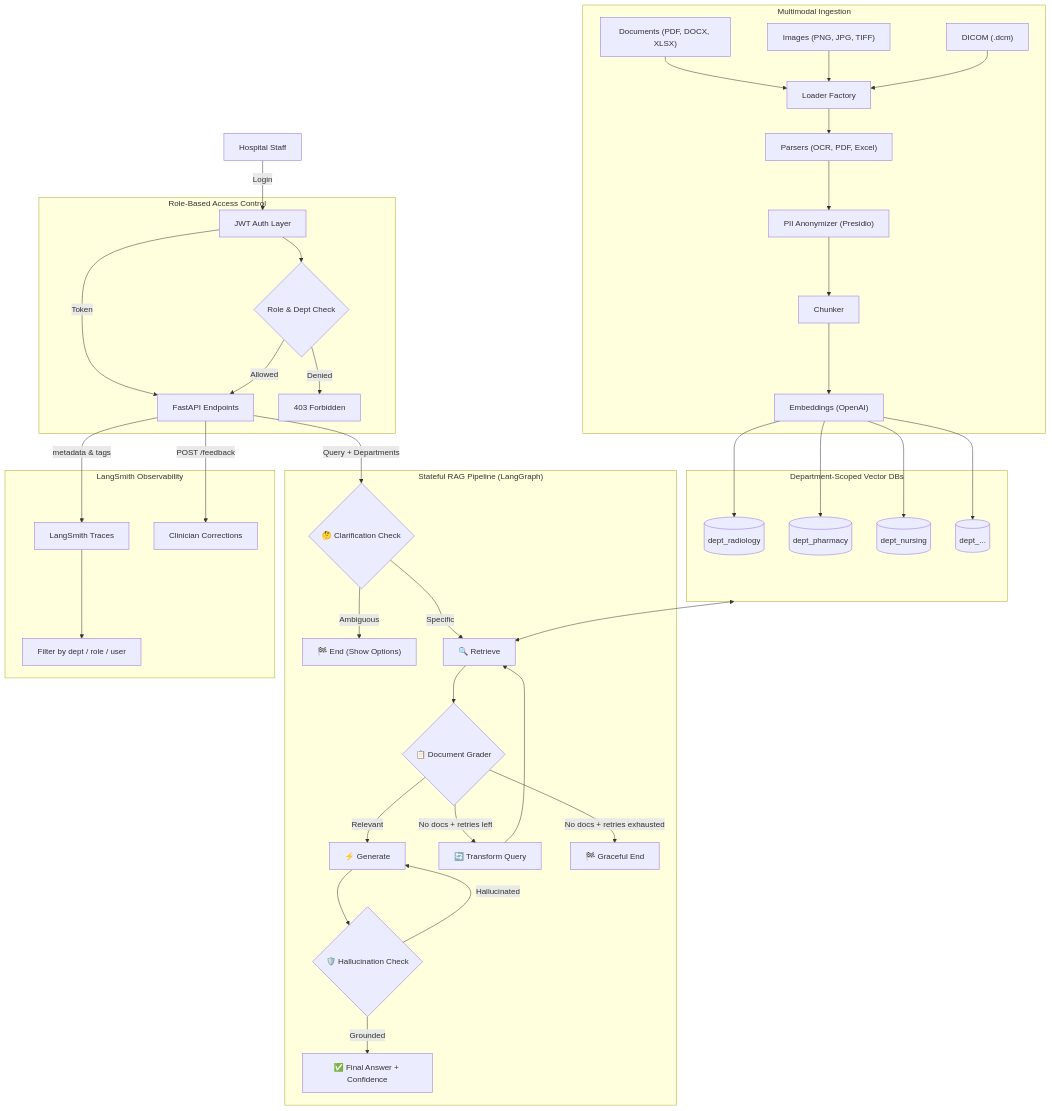
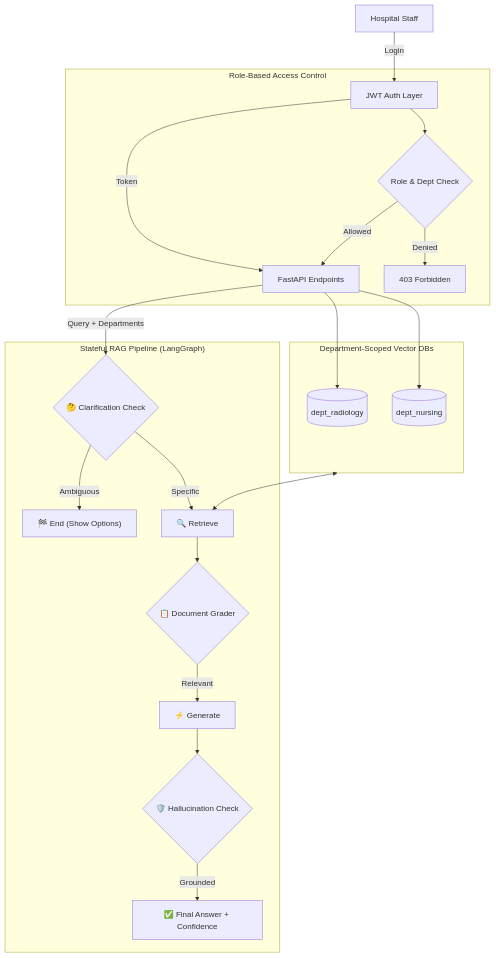
Before and after one commit to Anudeepsrib/ClinIQ: the diagram in README.md, drawn with Mermaid. The commit also changed other lines of this file and 10 other files, not shown here.

````diff
--- a/README.md
+++ b/README.md
@@ -41,50 +60,28 @@
 ```mermaid
 graph TD
     User["Hospital Staff"] -->|Login| Auth["JWT Auth Layer"]
     Auth -->|Token| API["FastAPI Endpoints"]
 
     subgraph RBAC ["Role-Based Access Control"]
         Auth --> RoleCheck{"Role & Dept Check"}
         RoleCheck -->|Allowed| API
         RoleCheck -->|Denied| Reject["403 Forbidden"]
     end
 
-    subgraph IngestionPipeline ["Multimodal Ingestion"]
-        Docs["Documents (PDF, DOCX, XLSX)"] --> Loader["Loader Factory"]
-        Images["Images (PNG, JPG, TIFF)"] --> Loader
-        DICOM["DICOM (.dcm)"] --> Loader
-        Loader --> Parser["Parsers (OCR, PDF, Excel)"]
-        Parser --> PII["PII Anonymizer (Presidio)"]
-        PII --> Chunker["Chunker"]
-        Chunker --> Embed["Embeddings (OpenAI)"]
-    end
-
     subgraph VectorDBs ["Department-Scoped Vector DBs"]
-        Embed --> DB1[("dept_radiology")]
-        Embed --> DB2[("dept_pharmacy")]
-        Embed --> DB3[("dept_nursing")]
-        Embed --> DBn[("dept_...")]
+        API --> DB1[("dept_radiology")]
+        API --> DB2[("dept_nursing")]
     end
 
     subgraph RetrievalGraph ["Stateful RAG Pipeline (LangGraph)"]
         API -->|"Query + Departments"| ClarCheck{"🤔 Clarification Check"}
         ClarCheck -->|Ambiguous| ClarEnd["🏁 End (Show Options)"]
         ClarCheck -->|Specific| Retriever["🔍 Retrieve"]
         Retriever --> Grader{"📋 Document Grader"}
         Grader -->|Relevant| Generator["⚡ Generate"]
-        Grader -->|"No docs + retries left"| Transform["🔄 Transform Query"]
-        Transform --> Retriever
-        Grader -->|"No docs + retries exhausted"| Fallback["🏁 Graceful End"]
         Generator --> HalCheck{"🛡️ Hallucination Check"}
         HalCheck -->|Grounded| Response["✅ Final Answer + Confidence"]
-        HalCheck -->|Hallucinated| Generator
-    end
-
-    subgraph Observability ["LangSmith Observability"]
-        API -->|"metadata & tags"| LS["LangSmith Traces"]
-        LS --> Dashboard["Filter by dept / role / user"]
-        API -->|"POST /feedback"| Feedback["Clinician Corrections"]
     end
 
     VectorDBs <--> Retriever
 ```
````
